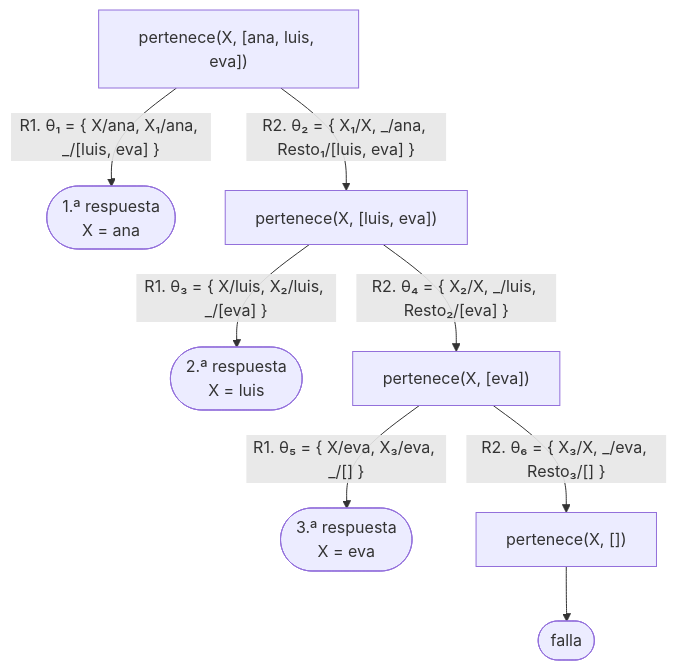
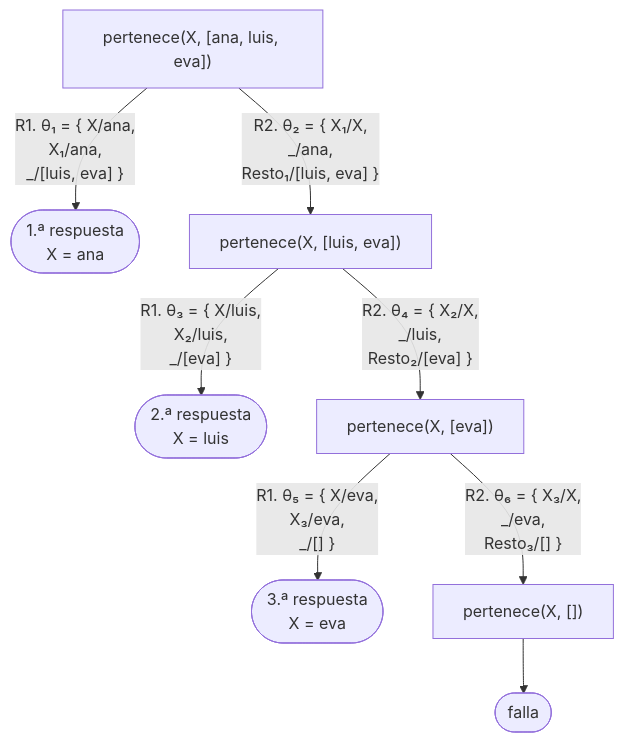
The first of 10 diagrams in docs/capitulo-07-listas/index.md (CesarBallardini/curso-de-prolog), drawn with Mermaid before and after one commit. The commit also changed other lines of this file and 24 other files, not shown here.

First line of the commit message:
feat(docs): botones para ocultar las columnas laterales y etiquetas cortas en los diagramas

````diff
--- a/docs/capitulo-07-listas/index.md
+++ b/docs/capitulo-07-listas/index.md
@@ -130,10 +130,10 @@
 ```mermaid
 flowchart TD
-    A["pertenece(X, [ana, luis, eva])"] -- "R1. θ₁ = {&nbsp;X/ana, X₁/ana, _/[luis, eva]&nbsp;}" --> S1(["1.ª respuesta<br/>X = ana"])
-    A -- "R2. θ₂ = {&nbsp;X₁/X, _/ana, Resto₁/[luis, eva]&nbsp;}" --> B["pertenece(X, [luis, eva])"]
-    B -- "R1. θ₃ = {&nbsp;X/luis, X₂/luis, _/[eva]&nbsp;}" --> S2(["2.ª respuesta<br/>X = luis"])
-    B -- "R2. θ₄ = {&nbsp;X₂/X, _/luis, Resto₂/[eva]&nbsp;}" --> C["pertenece(X, [eva])"]
-    C -- "R1. θ₅ = {&nbsp;X/eva, X₃/eva, _/[]&nbsp;}" --> S3(["3.ª respuesta<br/>X = eva"])
-    C -- "R2. θ₆ = {&nbsp;X₃/X, _/eva, Resto₃/[]&nbsp;}" --> D["pertenece(X, [])"]
+    A["pertenece(X, [ana, luis, eva])"] -- "R1. θ₁ = {&nbsp;X/ana,<br/>X₁/ana,<br/>_/[luis, eva]&nbsp;}" --> S1(["1.ª respuesta<br/>X = ana"])
+    A -- "R2. θ₂ = {&nbsp;X₁/X,<br/>_/ana,<br/>Resto₁/[luis, eva]&nbsp;}" --> B["pertenece(X, [luis, eva])"]
+    B -- "R1. θ₃ = {&nbsp;X/luis,<br/>X₂/luis,<br/>_/[eva]&nbsp;}" --> S2(["2.ª respuesta<br/>X = luis"])
+    B -- "R2. θ₄ = {&nbsp;X₂/X,<br/>_/luis,<br/>Resto₂/[eva]&nbsp;}" --> C["pertenece(X, [eva])"]
+    C -- "R1. θ₅ = {&nbsp;X/eva,<br/>X₃/eva,<br/>_/[]&nbsp;}" --> S3(["3.ª respuesta<br/>X = eva"])
+    C -- "R2. θ₆ = {&nbsp;X₃/X,<br/>_/eva,<br/>Resto₃/[]&nbsp;}" --> D["pertenece(X, [])"]
     D --> F(["falla"])
 ```
````
